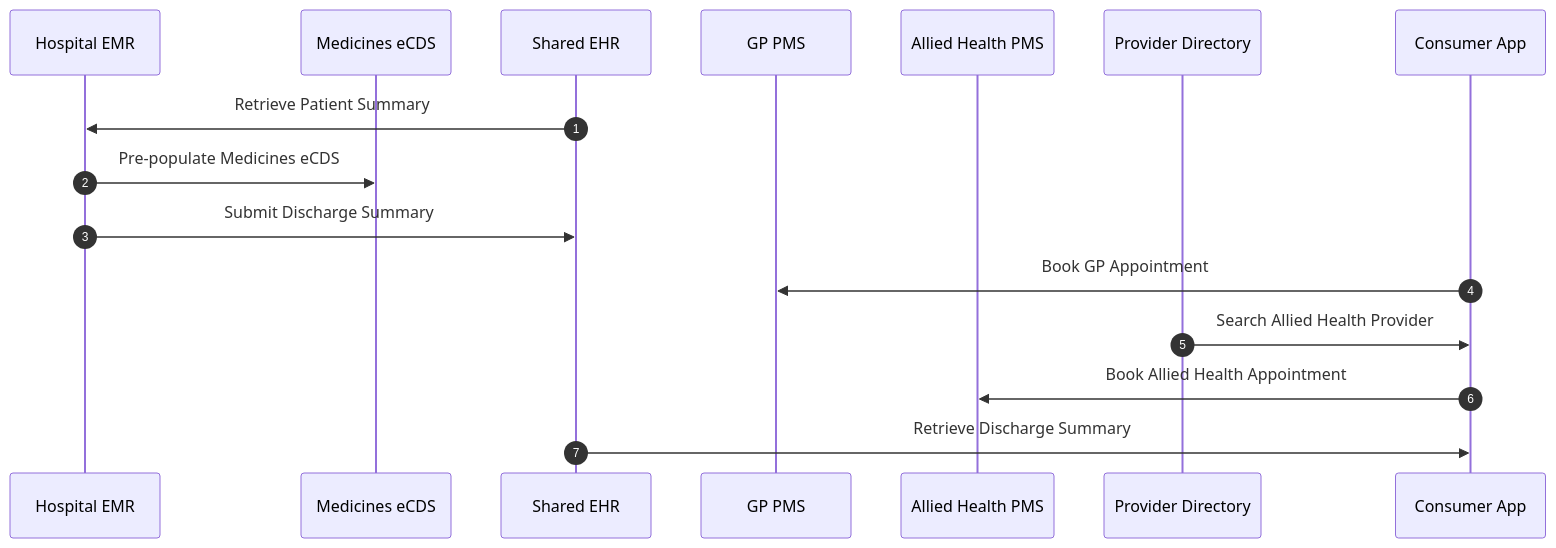
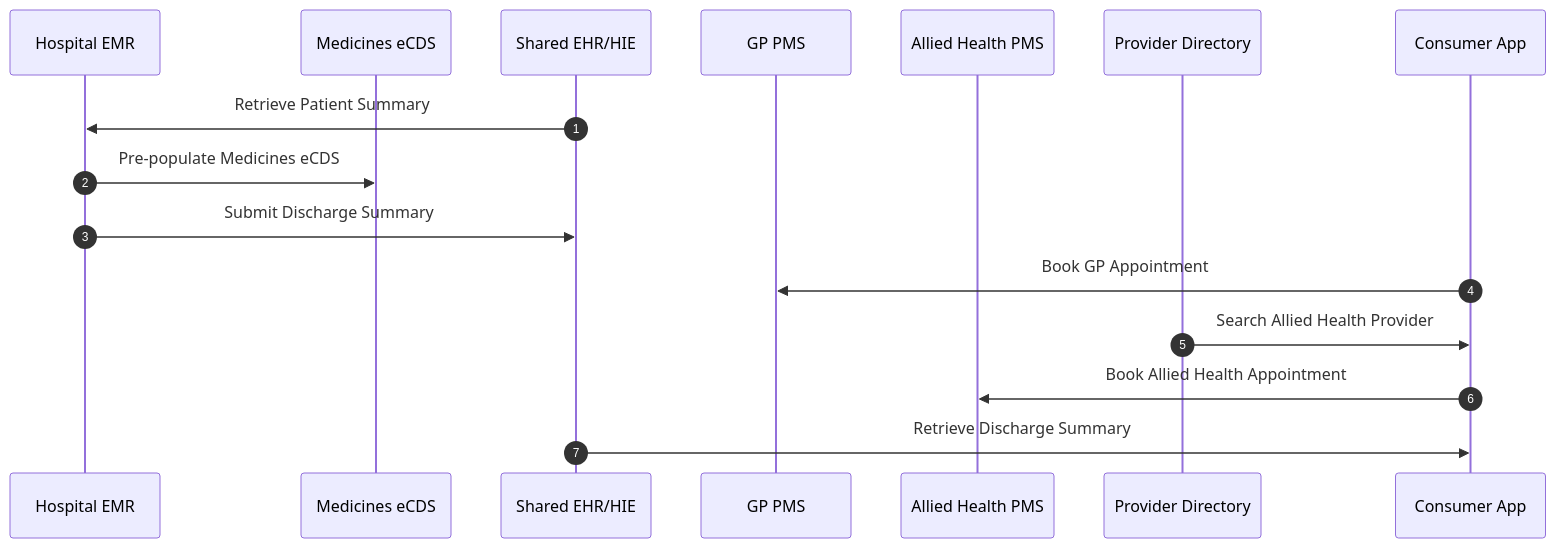
One commit to hl7au/au-fhir-test-data changed the fourth of 7 diagrams in au-fhir-test-data-set/connected-care/Alex Story Interactions.md. Above: the diagram before and after it, drawn with Mermaid. The commit also changed other lines of this file, not shown here.

Commit message:
Updated Alex Story Interactions to add interaction summary and links to test data. Updated some sequences

````diff
--- a/au-fhir-test-data-set/connected-care/Alex Story Interactions.md
+++ b/au-fhir-test-data-set/connected-care/Alex Story Interactions.md
@@ -115,22 +179,22 @@
 ```mermaid
 sequenceDiagram
     autonumber
     participant EMR as Hospital EMR
     participant eCDS as Medicines eCDS
-    participant SEHR as Shared EHR
+    participant SEHR as Shared EHR/HIE
     participant PMS as GP PMS
     participant AHPMS as Allied Health PMS
     participant PD as Provider Directory
 
     participant PatApp as Consumer App
 
     SEHR->>EMR: Retrieve Patient Summary
     EMR->>eCDS: Pre-populate Medicines eCDS
 
     EMR->>SEHR: Submit Discharge Summary
 
     PatApp->>PMS: Book GP Appointment
     PD->>PatApp: Search Allied Health Provider
     PatApp->>AHPMS: Book Allied Health Appointment
     SEHR->>PatApp: Retrieve Discharge Summary
 ```
````
